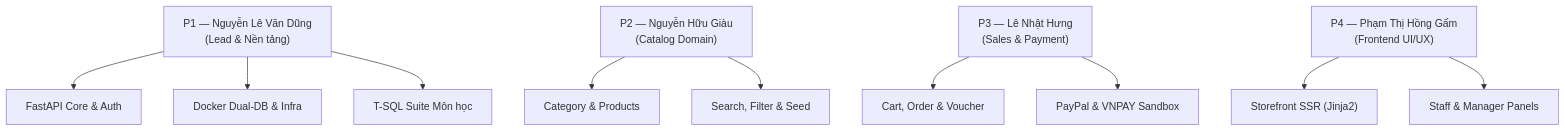
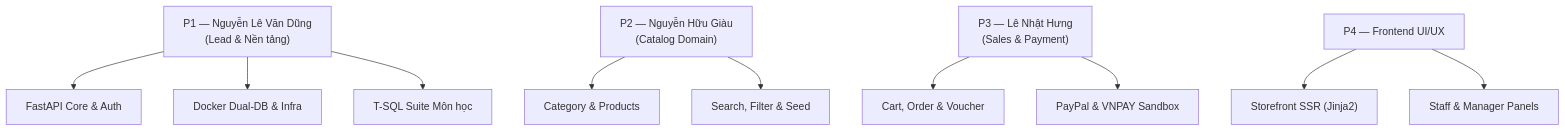
Before and after one commit to VanDung-dev/ElectroHub: the diagram in guideline/README.md, drawn with Mermaid. The commit also changed other lines of this file and 11 other files, not shown here.

````diff
--- a/guideline/README.md
+++ b/guideline/README.md
@@ -29,15 +29,15 @@
 ```mermaid
 graph TD
     P1["P1 — Nguyễn Lê Văn Dũng\n(Lead & Nền tảng)"] --> Core["FastAPI Core & Auth"]
     P1 --> Docker["Docker Dual-DB & Infra"]
     P1 --> TSQL["T-SQL Suite Môn học"]
 
     P2["P2 — Nguyễn Hữu Giàu\n(Catalog Domain)"] --> Cat["Category & Products"]
     P2 --> Search["Search, Filter & Seed"]
 
     P3["P3 — Lê Nhật Hưng\n(Sales & Payment)"] --> Cart["Cart, Order & Voucher"]
     P3 --> Pay["PayPal & VNPAY Sandbox"]
 
-    P4["P4 — Phạm Thị Hồng Gấm\n(Frontend UI/UX)"] --> Store["Storefront SSR (Jinja2)"]
+    P4["P4 — Frontend UI/UX"] --> Store["Storefront SSR (Jinja2)"]
     P4 --> AdminUI["Staff & Manager Panels"]
 ```
````
